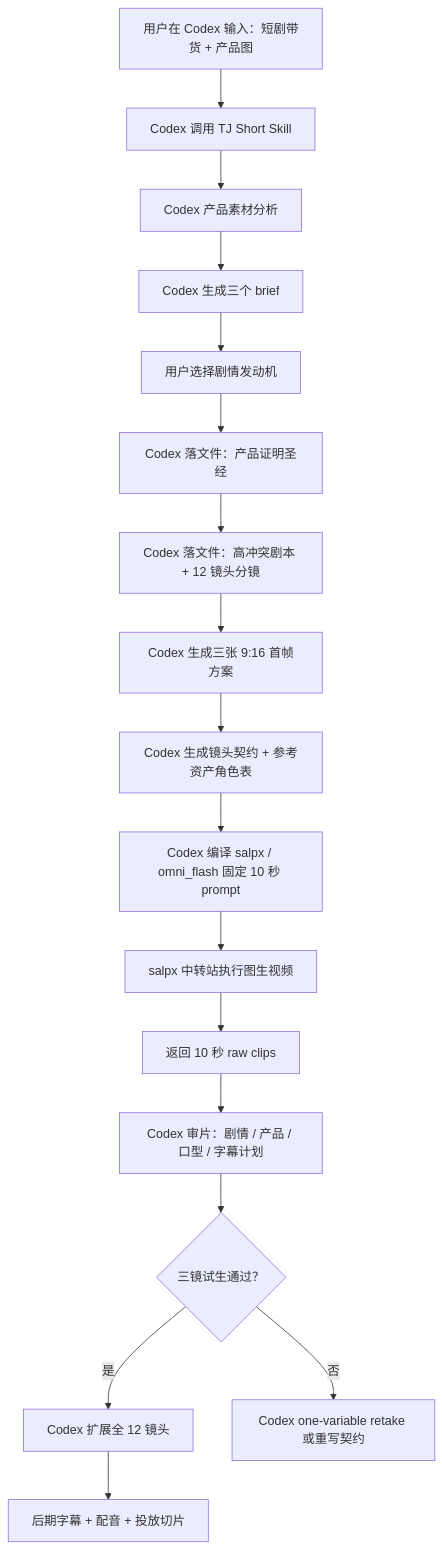
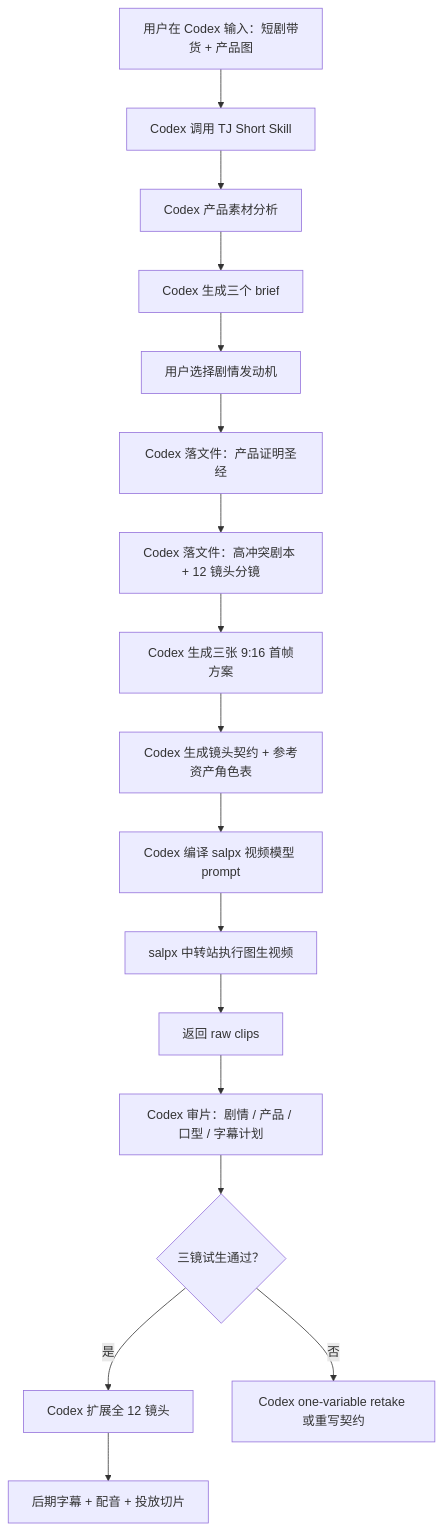
Before and after one commit to tttg2010/tj-short: the diagram in README.md, drawn with Mermaid. The commit also changed other lines of this file and 5 other files, not shown here.

````diff
--- a/README.md
+++ b/README.md
@@ -101,19 +114,19 @@
 ```mermaid
 flowchart TD
   A["用户在 Codex 输入：短剧带货 + 产品图"] --> B["Codex 调用 TJ Short Skill"]
   B --> C["Codex 产品素材分析"]
   C --> D["Codex 生成三个 brief"]
   D --> E["用户选择剧情发动机"]
   E --> F["Codex 落文件：产品证明圣经"]
   F --> G["Codex 落文件：高冲突剧本 + 12 镜头分镜"]
   G --> H["Codex 生成三张 9:16 首帧方案"]
   H --> I["Codex 生成镜头契约 + 参考资产角色表"]
-  I --> J["Codex 编译 salpx / omni_flash 固定 10 秒 prompt"]
+  I --> J["Codex 编译 salpx 视频模型 prompt"]
   J --> K["salpx 中转站执行图生视频"]
-  K --> L["返回 10 秒 raw clips"]
+  K --> L["返回 raw clips"]
   L --> M["Codex 审片：剧情 / 产品 / 口型 / 字幕计划"]
   M --> N{"三镜试生通过？"}
   N -- "是" --> O["Codex 扩展全 12 镜头"]
   N -- "否" --> P["Codex one-variable retake 或重写契约"]
   O --> Q["后期字幕 + 配音 + 投放切片"]
 ```
````
